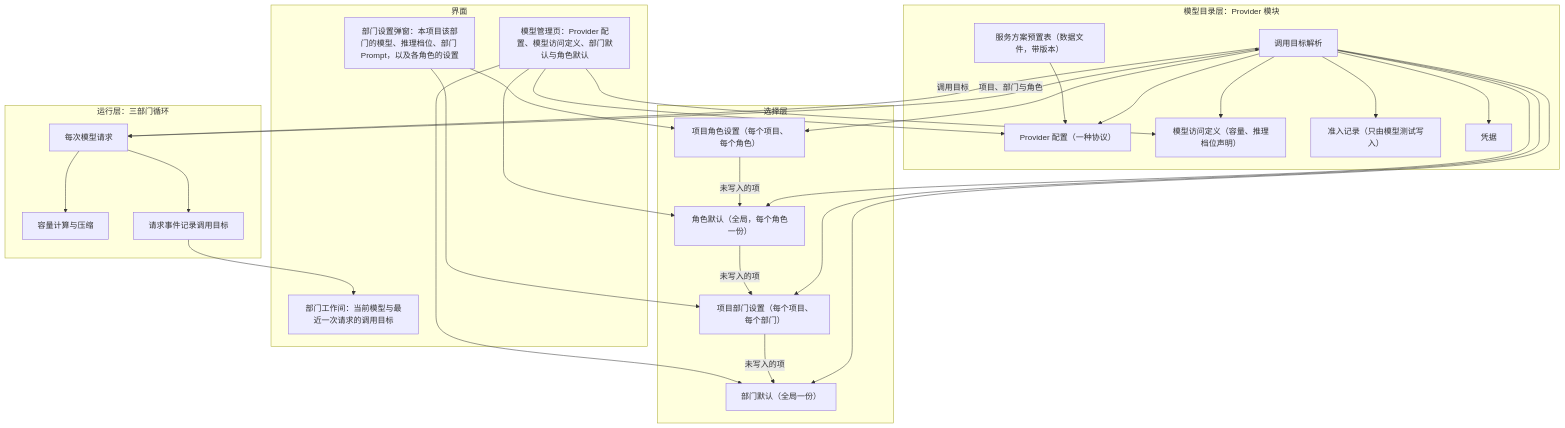
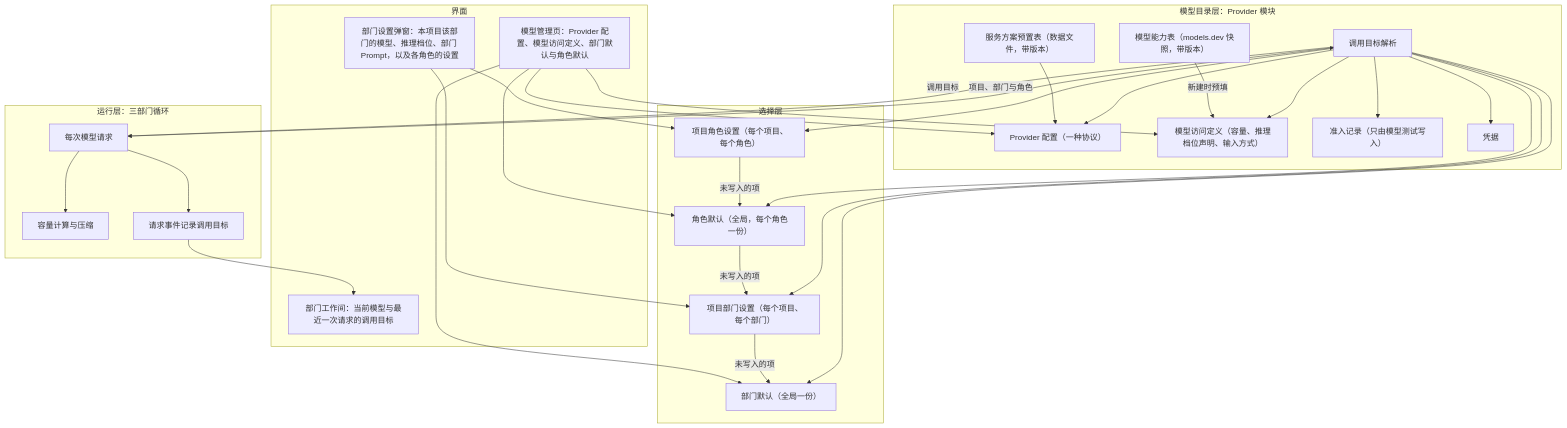
One commit to bender2333/yudao changed the first of 4 diagrams in docs/design/model-management.md. Above: the diagram before and after it, drawn with Mermaid. The commit also changed other lines of this file and 19 other files, not shown here.

````diff
--- a/docs/design/model-management.md
+++ b/docs/design/model-management.md
@@ -31,50 +31,52 @@
 ```mermaid
 flowchart TB
   subgraph UI["界面"]
     MM["模型管理页：Provider 配置、模型访问定义、部门默认与角色默认"]
     DS["部门设置弹窗：本项目该部门的模型、推理档位、部门 Prompt，以及各角色的设置"]
     Room["部门工作间：当前模型与最近一次请求的调用目标"]
   end
   subgraph Select["选择层"]
     Default["部门默认（全局一份）"]
     ProjectSet["项目部门设置（每个项目、每个部门）"]
     RoleDefault["角色默认（全局，每个角色一份）"]
     ProjectRole["项目角色设置（每个项目、每个角色）"]
   end
   subgraph Catalog["模型目录层：Provider 模块"]
     Presets["服务方案预置表（数据文件，带版本）"]
+    Caps["模型能力表（models.dev 快照，带版本）"]
     Conn["Provider 配置（一种协议）"]
-    Def["模型访问定义（容量、推理档位声明）"]
+    Def["模型访问定义（容量、推理档位声明、输入方式）"]
     Adm["准入记录（只由模型测试写入）"]
     Cred["凭据"]
     Resolve["调用目标解析"]
   end
   subgraph Run["运行层：三部门循环"]
     Req["每次模型请求"]
     Cap["容量计算与压缩"]
     Audit["请求事件记录调用目标"]
   end
   MM --> Conn
   MM --> Def
   MM --> Default
   MM --> RoleDefault
   DS --> ProjectSet
   DS --> ProjectRole
   Presets --> Conn
+  Caps -->|"新建时预填"| Def
   ProjectRole -->|"未写入的项"| RoleDefault
   RoleDefault -->|"未写入的项"| ProjectSet
   ProjectSet -->|"未写入的项"| Default
   Req -->|"项目、部门与角色"| Resolve
   Resolve --> ProjectRole
   Resolve --> RoleDefault
   Resolve --> ProjectSet
   Resolve --> Default
   Resolve --> Def
   Resolve --> Adm
   Resolve --> Cred
   Resolve --> Conn
   Resolve -->|"调用目标"| Req
   Req --> Cap
   Req --> Audit
   Audit --> Room
 ```
````
